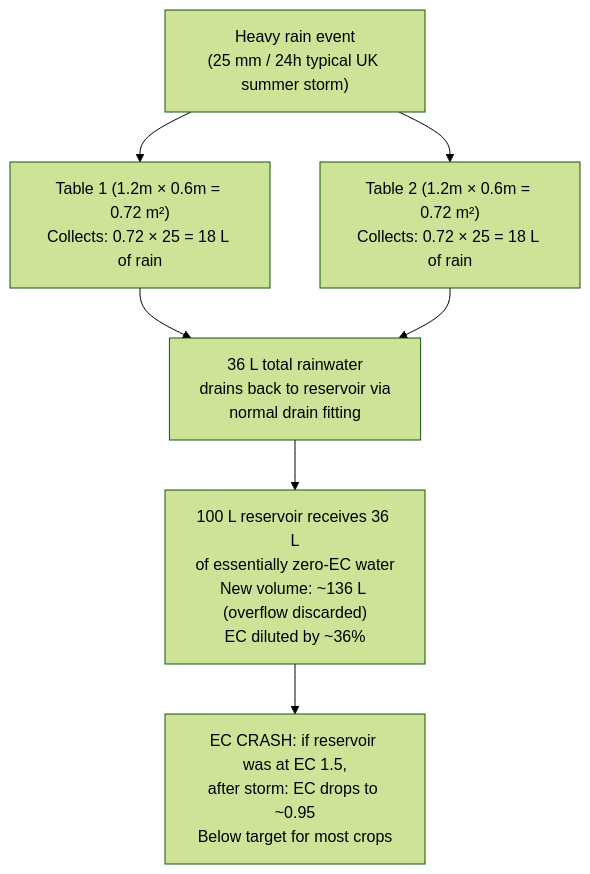
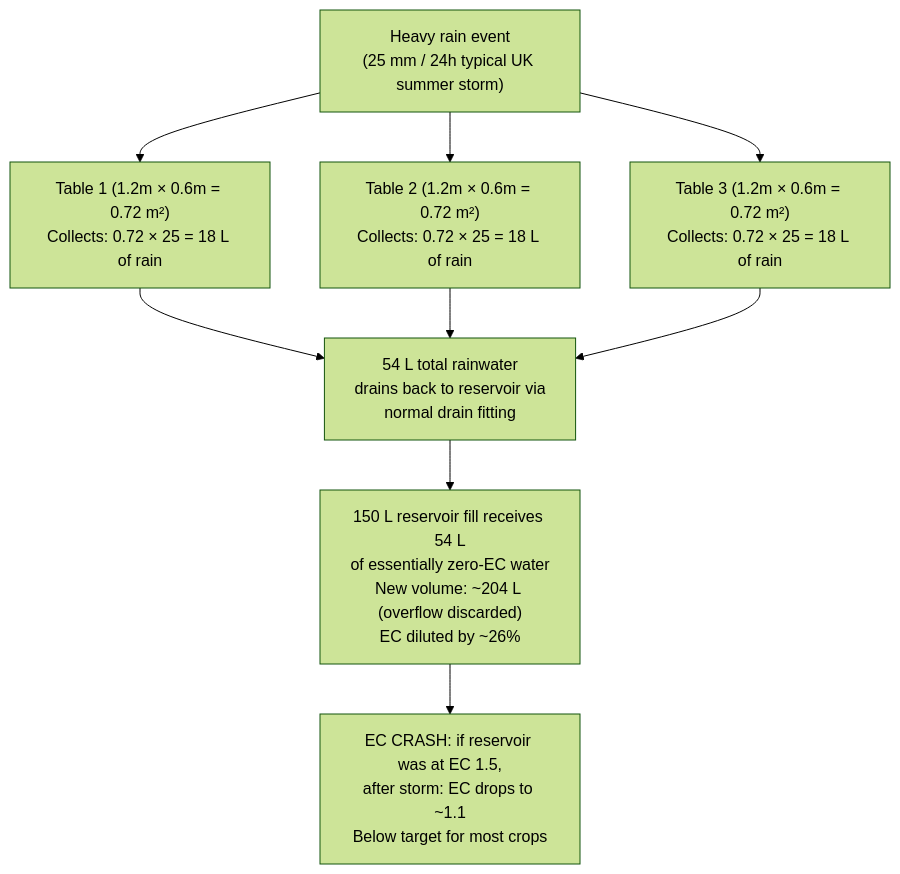
One commit to UncleJS/guide_hydroponics changed the second of 2 diagrams in guide/ebb-and-flow/10-climate-management.md. Above: the diagram before and after it, drawn with Mermaid (forest theme). The commit also changed other lines of this file and 22 other files, not shown here.

````diff
--- a/guide/ebb-and-flow/10-climate-management.md
+++ b/guide/ebb-and-flow/10-climate-management.md
@@ -348,9 +348,10 @@
 ```mermaid
 flowchart TD
     RAIN["Heavy rain event<br/>(25 mm / 24h typical UK summer storm)"]
     RAIN --> T1["Table 1 (1.2m × 0.6m = 0.72 m²)<br/>Collects: 0.72 × 25 = 18 L of rain"]
     RAIN --> T2["Table 2 (1.2m × 0.6m = 0.72 m²)<br/>Collects: 0.72 × 25 = 18 L of rain"]
-    T1 & T2 --> DRAIN["36 L total rainwater<br/>drains back to reservoir via<br/>normal drain fitting"]
-    DRAIN --> DILUTE["100 L reservoir receives 36 L<br/>of essentially zero-EC water<br/>New volume: ~136 L (overflow discarded)<br/>EC diluted by ~36%"]
-    DILUTE --> ECCRASH["EC CRASH: if reservoir was at EC 1.5,<br/>after storm: EC drops to ~0.95<br/>Below target for most crops"]
+    RAIN --> T3["Table 3 (1.2m × 0.6m = 0.72 m²)<br/>Collects: 0.72 × 25 = 18 L of rain"]
+    T1 & T2 & T3 --> DRAIN["54 L total rainwater<br/>drains back to reservoir via<br/>normal drain fitting"]
+    DRAIN --> DILUTE["150 L reservoir fill receives 54 L<br/>of essentially zero-EC water<br/>New volume: ~204 L (overflow discarded)<br/>EC diluted by ~26%"]
+    DILUTE --> ECCRASH["EC CRASH: if reservoir was at EC 1.5,<br/>after storm: EC drops to ~1.1<br/>Below target for most crops"]
 ```
````
